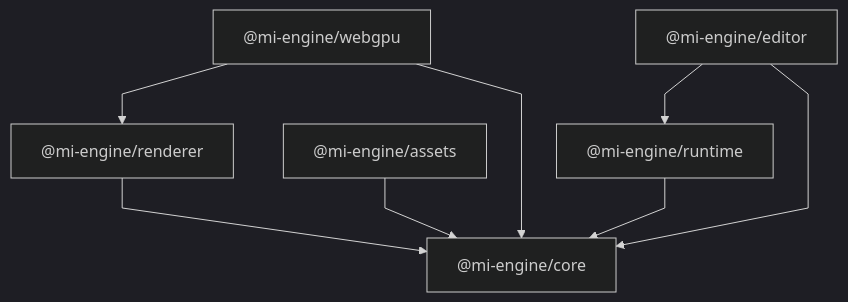
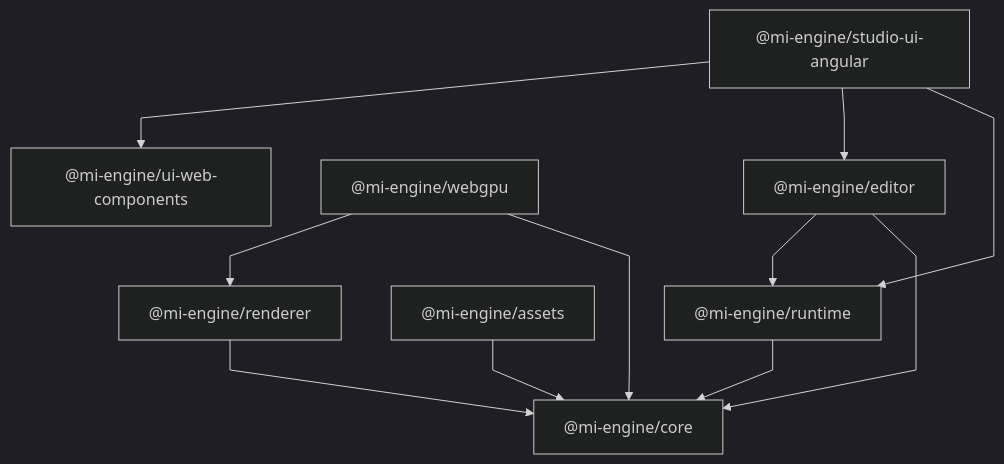
One commit to anzohub/mi-engine changed the diagram in docs/architecture/package-dependencies.md. Above: the diagram before and after it, drawn with Mermaid (dark theme). The commit also changed other lines of this file and 34 other files, not shown here.

First line of the commit message:
refactor(architecture): reorganize studio and UI package boundaries

````diff
--- a/docs/architecture/package-dependencies.md
+++ b/docs/architecture/package-dependencies.md
@@ -14,28 +14,34 @@
 ```mermaid
 %%{init: {
   "flowchart": {
     "curve": "linear",
     "nodeSpacing": 50,
     "rankSpacing": 60
   }
 }}%%
 
 flowchart TB
+    StudioUI["@mi-engine/studio-ui-angular"]
+    WebComponents["@mi-engine/ui-web-components"]
     WebGPU["@mi-engine/webgpu"]
     Renderer["@mi-engine/renderer"]
     Editor["@mi-engine/editor"]
     Assets["@mi-engine/assets"]
     Runtime["@mi-engine/runtime"]
     Core["@mi-engine/core"]
+
+    StudioUI --> WebComponents
+    StudioUI --> Editor
+    StudioUI --> Runtime
 
     WebGPU --> Renderer
     WebGPU --> Core
 
     Editor --> Runtime
     Editor --> Core
     Renderer --> Core
 
     Assets --> Core
 
     Runtime --> Core
 ```
````
